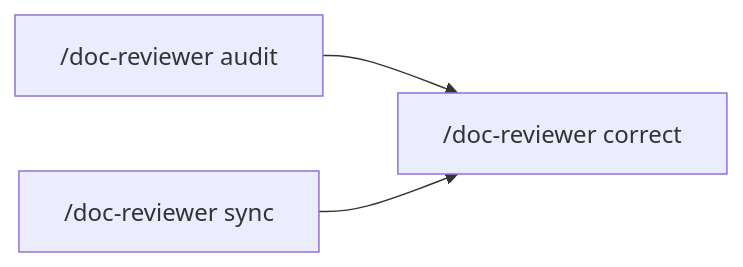
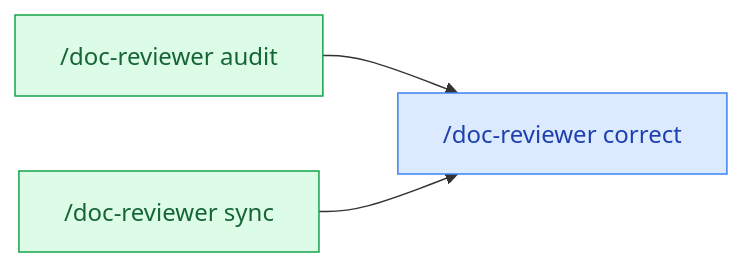
One commit to dev-eloper1/clarity-loop changed the third of 5 diagrams in README.md. Above: the diagram before and after it, drawn with Mermaid. The commit also changed other lines of this file and 3 other files, not shown here.

First line of the commit message:
Clean up diagrams and consolidate to single .pen file

````diff
--- a/README.md
+++ b/README.md
@@ -65,5 +83,8 @@
 ```mermaid
 flowchart LR
-    AUDIT["/doc-reviewer audit"] --> CORRECT["/doc-reviewer correct"]
-    SYNC["/doc-reviewer sync"] --> CORRECT
+    classDef ai fill:#dbeafe,stroke:#3b82f6,color:#1e40af
+    classDef gate fill:#dcfce7,stroke:#16a34a,color:#166534
+
+    AUDIT["/doc-reviewer audit"]:::gate --> CORRECT["/doc-reviewer correct"]:::ai
+    SYNC["/doc-reviewer sync"]:::gate --> CORRECT
 ```
````
